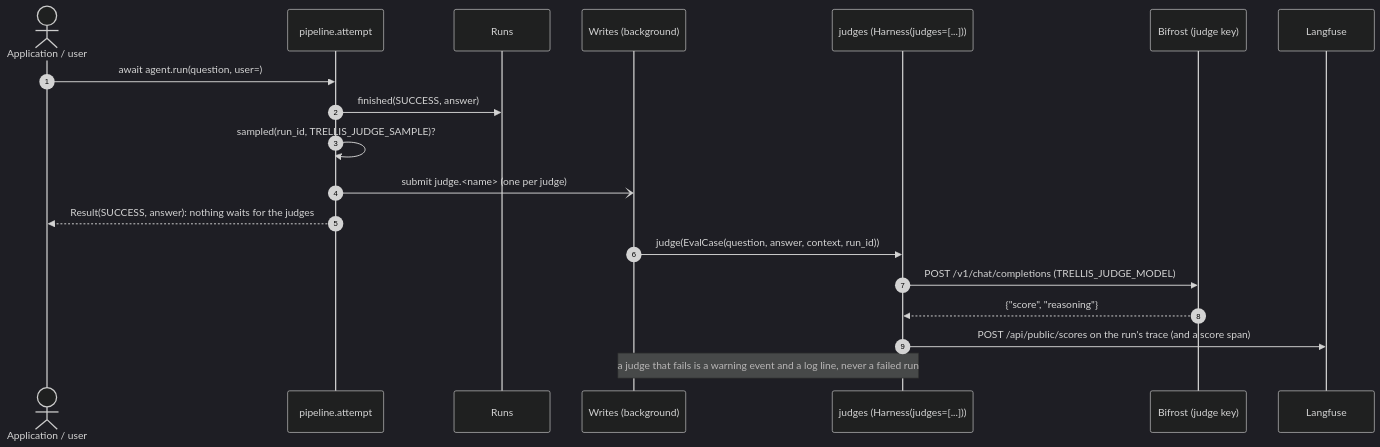
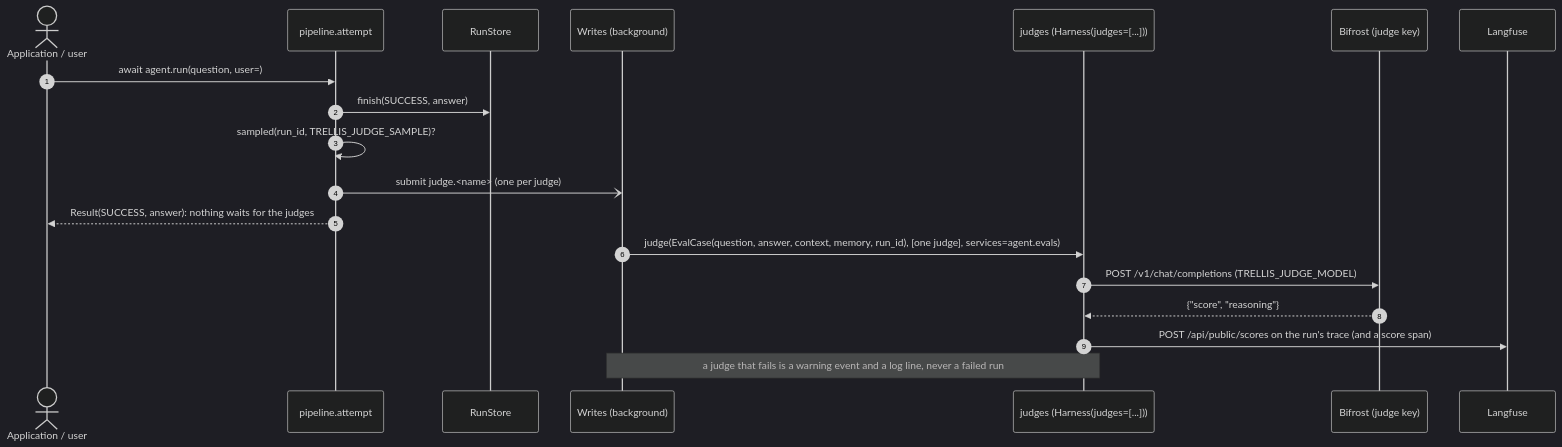
The ninth of 11 diagrams in ARCHITECTURE.md (amitmohapatra/agent-harness), drawn with Mermaid (dark theme) before and after one commit. The commit also changed other lines of this file and 138 other files, not shown here.

````diff
--- a/ARCHITECTURE.md
+++ b/ARCHITECTURE.md
@@ -433,22 +533,22 @@
 ```mermaid
 sequenceDiagram
   autonumber
   actor User as Application / user
   participant P as pipeline.attempt
-  participant Runs as Runs
+  participant Runs as RunStore
   participant W as Writes (background)
   participant J as judges (Harness(judges=[...]))
   participant GW as Bifrost (judge key)
   participant LF as Langfuse
 
   User->>P: await agent.run(question, user=)
-  P->>Runs: finished(SUCCESS, answer)
+  P->>Runs: finish(SUCCESS, answer)
   P->>P: sampled(run_id, TRELLIS_JUDGE_SAMPLE)?
   P-)W: submit judge.<name> (one per judge)
   P-->>User: Result(SUCCESS, answer): nothing waits for the judges
-  W->>J: judge(EvalCase(question, answer, context, run_id))
+  W->>J: judge(EvalCase(question, answer, context, memory, run_id), [one judge], services=agent.evals)
   J->>GW: POST /v1/chat/completions (TRELLIS_JUDGE_MODEL)
   GW-->>J: {"score", "reasoning"}
   J->>LF: POST /api/public/scores on the run's trace (and a score span)
   Note over W,J: a judge that fails is a warning event and a log line, never a failed run
 ```
````
